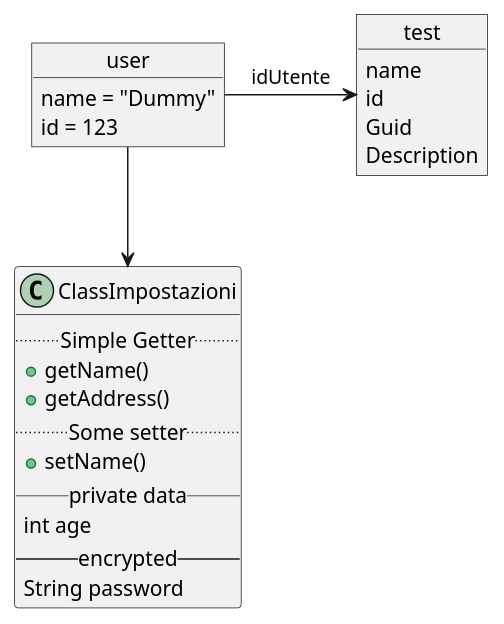
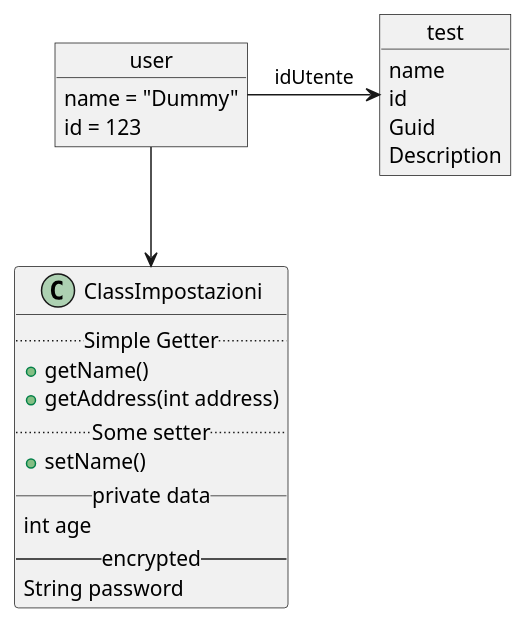
Before and after one commit to Nexaco/nexaco.github.io: the diagram in guide/README.md, drawn with PlantUML. The commit also changed other lines of this file, not shown here.

````diff
--- a/guide/README.md
+++ b/guide/README.md
@@ -20,33 +20,33 @@
 ```plantuml
 @startuml
 
 object user
 
 user : name = "Dummy"
 user : id = 123
 
 object test
 
 test : name
 test : id
 test : Guid
 test : Description
 
 
 class ClassImpostazioni {
   .. Simple Getter ..
   + getName()
-  + getAddress()
+  + getAddress(int address)
   .. Some setter ..
   + setName()
   __ private data __
   int age
   -- encrypted --
   String password
 }
 
 
 user -> test : idUtente
 user --> ClassImpostazioni
 @enduml
 ```  
````
